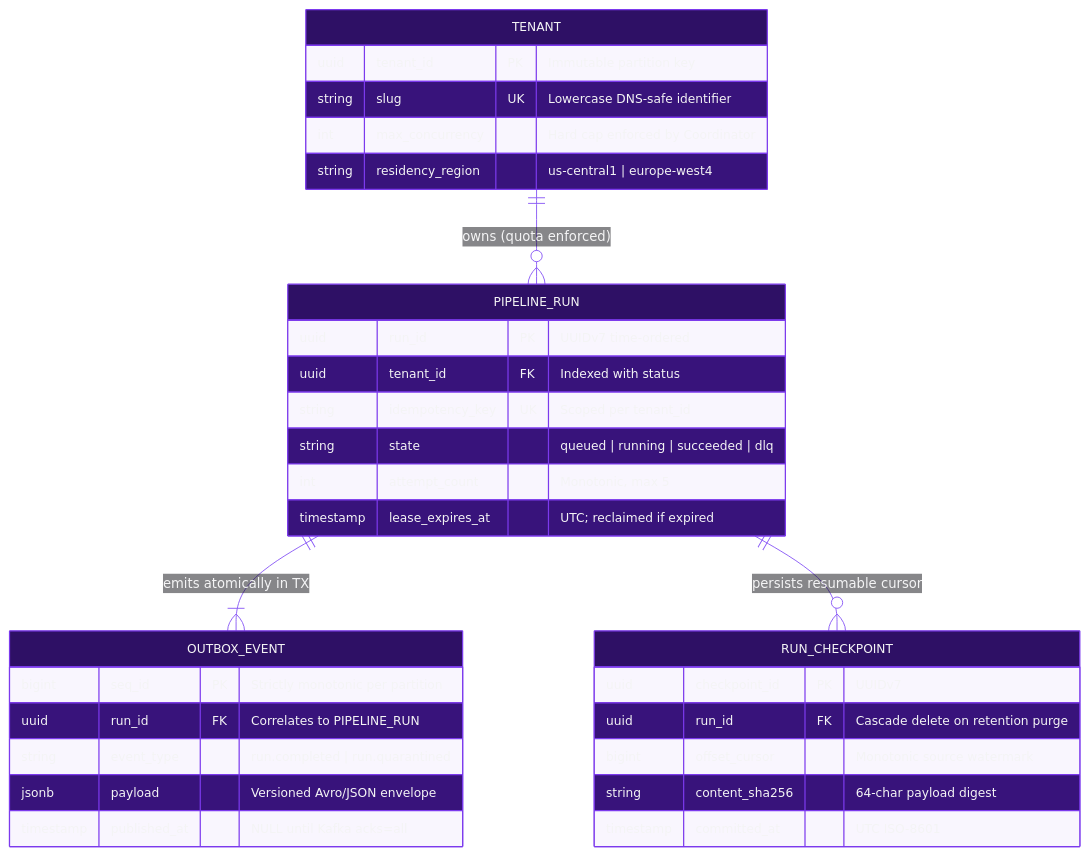
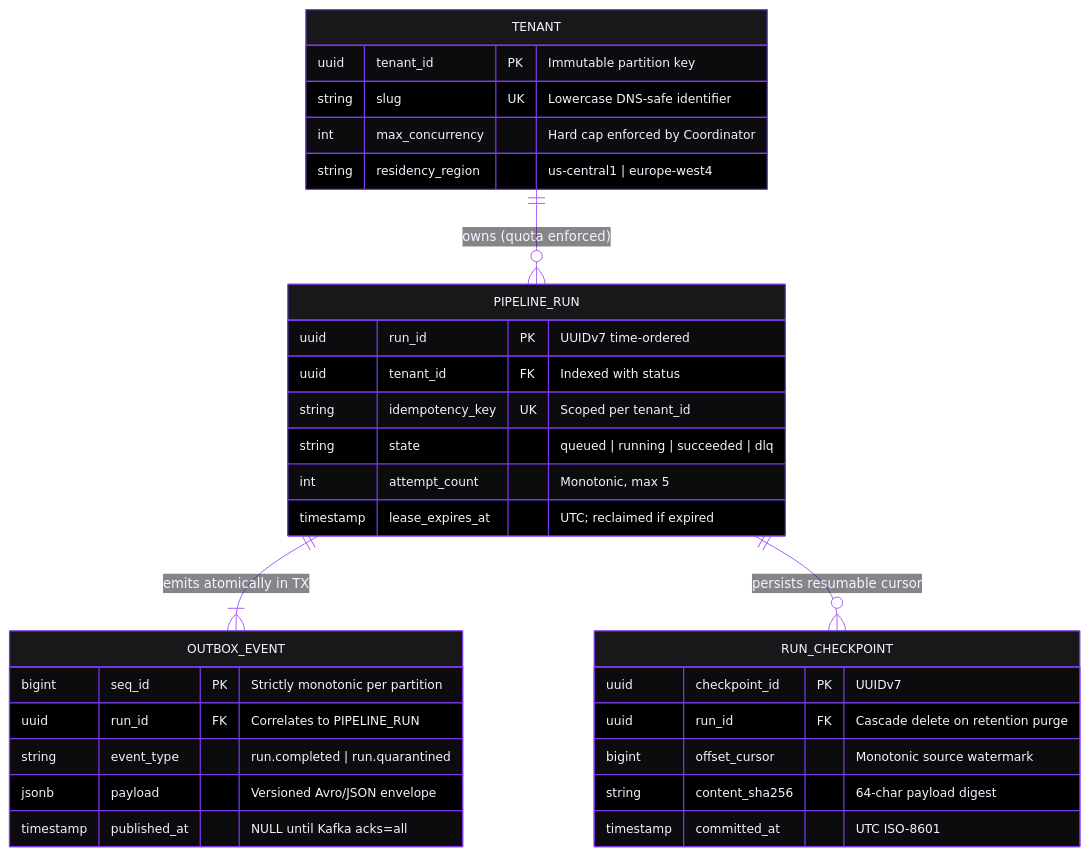
Before and after one commit to x-ruiz/playground-ai-engineering: the fourth of 5 diagrams in skills/mermaid-diagrams/references/staff_exemplars.md, drawn with Mermaid. The commit also changed other lines of this file and 4 other files, not shown here.

Commit message:
fix(skills): enforce obsidian dark mode canvas and darkMode themeVariables

````diff
--- a/skills/mermaid-diagrams/references/staff_exemplars.md
+++ b/skills/mermaid-diagrams/references/staff_exemplars.md
@@ -169,39 +169,39 @@
 ```mermaid
-%%{init: {"theme": "base", "themeVariables": {"background": "#09090B", "primaryColor": "#2E1065", "primaryTextColor": "#F4F4F5", "primaryBorderColor": "#7C3AED", "lineColor": "#8B5CF6", "secondaryColor": "#18181B", "tertiaryColor": "#0F0F14", "edgeLabelBackground": "#18181B", "attributeBackgroundColorOdd": "#18181B", "attributeBackgroundColorEven": "#0F0F14", "fontFamily": "Inter, ui-sans-serif, system-ui, -apple-system, sans-serif", "fontSize": "13px"}}}%%
+%%{init: {"theme": "base", "themeCSS": "svg { background-color: #09090B !important; border-radius: 8px; }", "themeVariables": {"darkMode": true, "background": "#09090B", "mainBkg": "#18181B", "textColor": "#F4F4F5", "primaryColor": "#2E1065", "primaryTextColor": "#F5F3FF", "primaryBorderColor": "#7C3AED", "lineColor": "#A855F7", "secondaryColor": "#18181B", "tertiaryColor": "#0F0F14", "edgeLabelBackground": "#18181B", "attributeBackgroundColorOdd": "#18181B", "attributeBackgroundColorEven": "#0F0F14", "fontFamily": "Inter, ui-sans-serif, system-ui, -apple-system, sans-serif", "fontSize": "13px"}}}%%
 erDiagram
     TENANT ||--o{ PIPELINE_RUN : "owns (quota enforced)"
     PIPELINE_RUN ||--|{ OUTBOX_EVENT : "emits atomically in TX"
     PIPELINE_RUN ||--o{ RUN_CHECKPOINT : "persists resumable cursor"
 
     TENANT {
         uuid tenant_id PK "Immutable partition key"
         string slug UK "Lowercase DNS-safe identifier"
         int max_concurrency "Hard cap enforced by Coordinator"
         string residency_region "us-central1 | europe-west4"
     }
 
     PIPELINE_RUN {
         uuid run_id PK "UUIDv7 time-ordered"
         uuid tenant_id FK "Indexed with status"
         string idempotency_key UK "Scoped per tenant_id"
         string state "queued | running | succeeded | dlq"
         int attempt_count "Monotonic, max 5"
         timestamp lease_expires_at "UTC; reclaimed if expired"
     }
 
     RUN_CHECKPOINT {
         uuid checkpoint_id PK "UUIDv7"
         uuid run_id FK "Cascade delete on retention purge"
         bigint offset_cursor "Monotonic source watermark"
         string content_sha256 "64-char payload digest"
         timestamp committed_at "UTC ISO-8601"
     }
 
     OUTBOX_EVENT {
         bigint seq_id PK "Strictly monotonic per partition"
         uuid run_id FK "Correlates to PIPELINE_RUN"
         string event_type "run.completed | run.quarantined"
         jsonb payload "Versioned Avro/JSON envelope"
         timestamp published_at "NULL until Kafka acks=all"
     }
 ```
````
